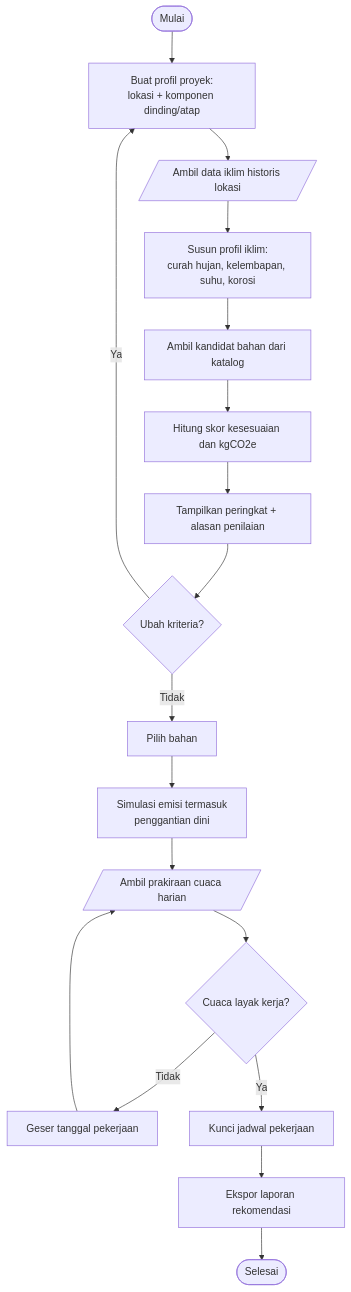
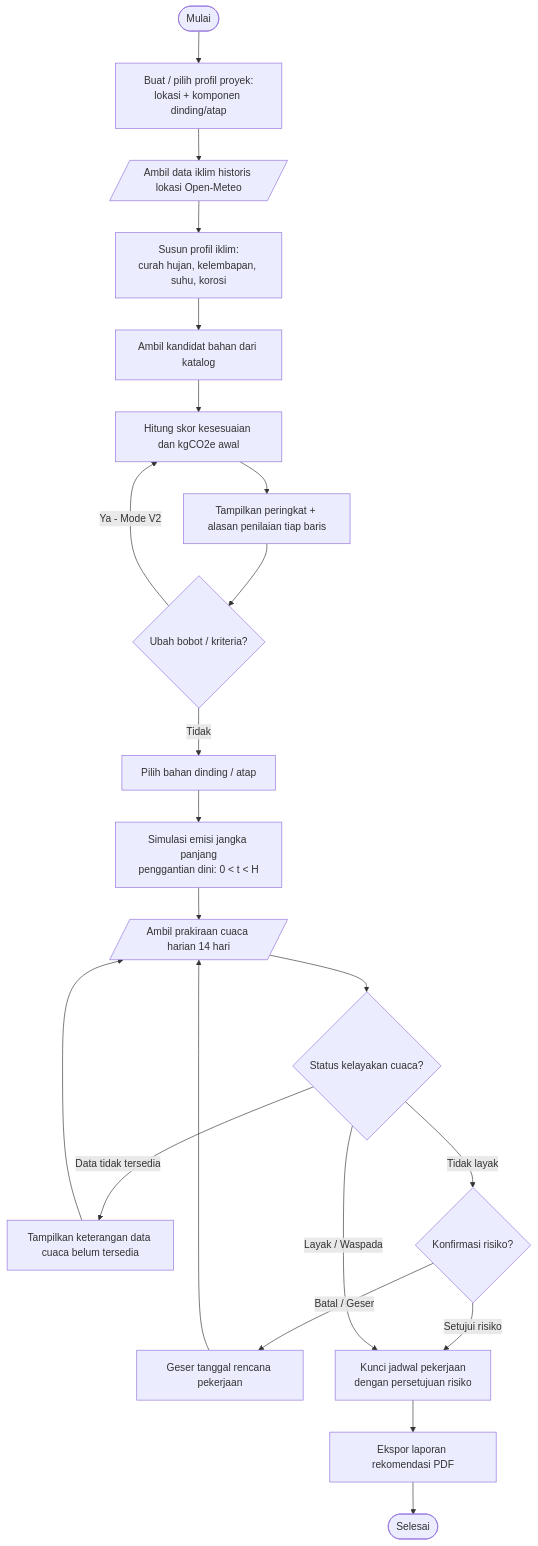
Before and after one commit to scientivan/wastu: the second of 4 diagrams in docs/uml-wastu.md, drawn with Mermaid. The commit also changed other lines of this file and 1 other file, not shown here.

Commit message:
docs: align UML diagrams and drawio models with target specifications

````diff
--- a/docs/uml-wastu.md
+++ b/docs/uml-wastu.md
@@ -50,20 +58,24 @@
 ```mermaid
 flowchart TD
-    A([Mulai]) --> B[Buat profil proyek:<br/>lokasi + komponen dinding/atap]
-    B --> C[/Ambil data iklim historis lokasi/]
+    A([Mulai]) --> B[Buat / pilih profil proyek:<br/>lokasi + komponen dinding/atap]
+    B --> C[/Ambil data iklim historis lokasi Open-Meteo/]
     C --> D[Susun profil iklim:<br/>curah hujan, kelembapan, suhu, korosi]
     D --> E[Ambil kandidat bahan dari katalog]
-    E --> F[Hitung skor kesesuaian dan kgCO2e]
-    F --> G[Tampilkan peringkat + alasan penilaian]
-    G --> H{Ubah kriteria?}
-    H -->|Ya| B
-    H -->|Tidak| I[Pilih bahan]
-    I --> J[Simulasi emisi termasuk<br/>penggantian dini]
-    J --> K[/Ambil prakiraan cuaca harian/]
-    K --> L{Cuaca layak kerja?}
-    L -->|Tidak| M[Geser tanggal pekerjaan]
-    M --> K
-    L -->|Ya| N[Kunci jadwal pekerjaan]
-    N --> O[Ekspor laporan rekomendasi]
+    E --> F[Hitung skor kesesuaian dan kgCO2e awal]
+    F --> G[Tampilkan peringkat + alasan penilaian tiap baris]
+    G --> H{Ubah bobot / kriteria?}
+    H -->|Ya - Mode V2| F
+    H -->|Tidak| I[Pilih bahan dinding / atap]
+    I --> J[Simulasi emisi jangka panjang<br/>penggantian dini: 0 < t < H]
+    J --> K[/Ambil prakiraan cuaca harian 14 hari/]
+    K --> L{Status kelayakan cuaca?}
+    L -->|Data tidak tersedia| M1[Tampilkan keterangan data cuaca belum tersedia]
+    M1 --> K
+    L -->|Tidak layak| M2{Konfirmasi risiko?}
+    M2 -->|Batal / Geser| M3[Geser tanggal rencana pekerjaan]
+    M3 --> K
+    M2 -->|Setujui risiko| N[Kunci jadwal pekerjaan<br/>dengan persetujuan risiko]
+    L -->|Layak / Waspada| N
+    N --> O[Ekspor laporan rekomendasi PDF]
     O --> P([Selesai])
 ```
````
